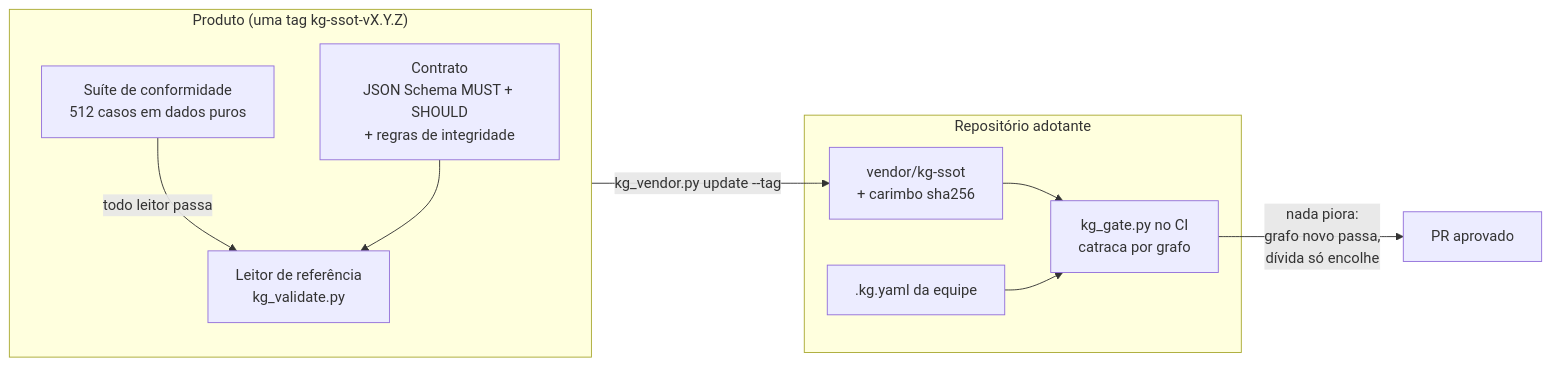
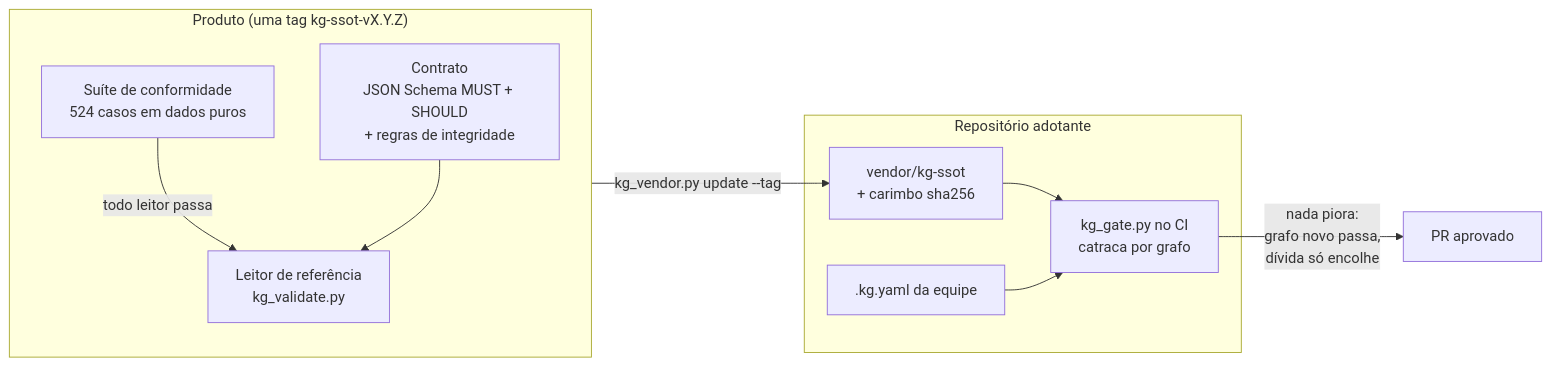
The diagram in README.pt-BR.md (marciocar/kg-ssot), drawn with Mermaid before and after one commit. The commit also changed other lines of this file and 48 other files, not shown here.

````diff
--- a/README.pt-BR.md
+++ b/README.pt-BR.md
@@ -163,19 +163,19 @@
 ```mermaid
 flowchart LR
   subgraph product["Produto (uma tag kg-ssot-vX.Y.Z)"]
     C["Contrato<br/>JSON Schema MUST + SHOULD<br/>+ regras de integridade"]
-    S["Suíte de conformidade<br/>512 casos em dados puros"]
+    S["Suíte de conformidade<br/>524 casos em dados puros"]
     R["Leitor de referência<br/>kg_validate.py"]
     S -- "todo leitor passa" --> R
     C --> R
   end
   subgraph adopter["Repositório adotante"]
     V["vendor/kg-ssot<br/>+ carimbo sha256"]
     G["kg_gate.py no CI<br/>catraca por grafo"]
     K[".kg.yaml da equipe"]
     V --> G
     K --> G
   end
   product -- "kg_vendor.py update --tag" --> V
   G -- "nada piora:<br/>grafo novo passa,<br/>dívida só encolhe" --> PR["PR aprovado"]
 ```
````
